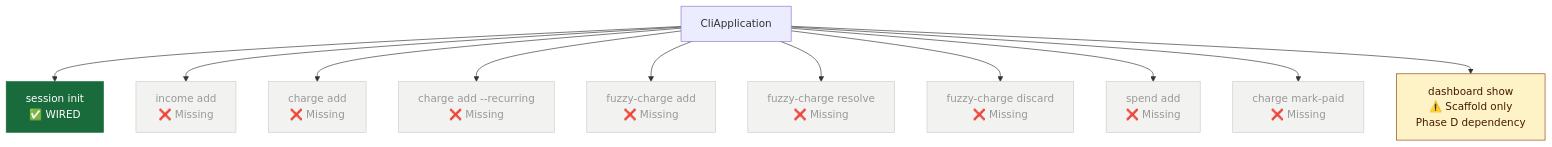
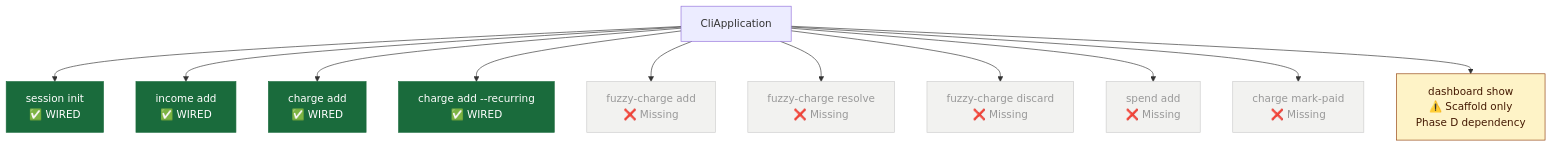
Before and after one commit to MoaminShikha/student-expense-tracker: diagram 11 of 25 in Docs/stage1_implementation_status.md, drawn with Mermaid. The commit also changed other lines of this file and 4 other files, not shown here.

First line of the commit message:
feat(cli): wire recurring charge and sync docs

````diff
--- a/Docs/stage1_implementation_status.md
+++ b/Docs/stage1_implementation_status.md
@@ -368,26 +368,26 @@
 ```mermaid
 graph TD
     CLI[CliApplication]
 
     CLI --> SI["session init\n✅ WIRED"]
-    CLI --> IA["income add\n❌ Missing"]
-    CLI --> CA["charge add\n❌ Missing"]
-    CLI --> CAR["charge add --recurring\n❌ Missing"]
+    CLI --> IA["income add\n✅ WIRED"]
+    CLI --> CA["charge add\n✅ WIRED"]
+    CLI --> CAR["charge add --recurring\n✅ WIRED"]
     CLI --> FCA["fuzzy-charge add\n❌ Missing"]
     CLI --> FCR["fuzzy-charge resolve\n❌ Missing"]
     CLI --> FCD["fuzzy-charge discard\n❌ Missing"]
     CLI --> SA["spend add\n❌ Missing"]
     CLI --> CMP["charge mark-paid\n❌ Missing"]
     CLI --> DS["dashboard show\n⚠️ Scaffold only\nPhase D dependency"]
 
     style SI fill:#1a6b3c,color:#fff,stroke:#1a6b3c
     style DS fill:#fef3c7,stroke:#92400e,color:#451a03
-    style IA fill:#f2f2f0,stroke:#ccc,color:#999
-    style CA fill:#f2f2f0,stroke:#ccc,color:#999
-    style CAR fill:#f2f2f0,stroke:#ccc,color:#999
+    style IA fill:#1a6b3c,color:#fff,stroke:#1a6b3c
+    style CA fill:#1a6b3c,color:#fff,stroke:#1a6b3c
+    style CAR fill:#1a6b3c,color:#fff,stroke:#1a6b3c
     style FCA fill:#f2f2f0,stroke:#ccc,color:#999
     style FCR fill:#f2f2f0,stroke:#ccc,color:#999
     style FCD fill:#f2f2f0,stroke:#ccc,color:#999
     style SA fill:#f2f2f0,stroke:#ccc,color:#999
     style CMP fill:#f2f2f0,stroke:#ccc,color:#999
 ```
````
